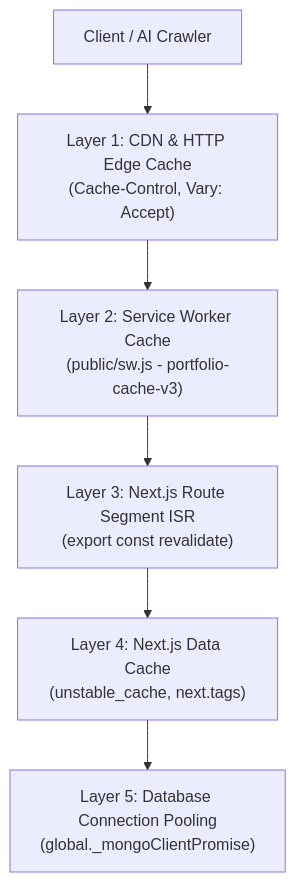
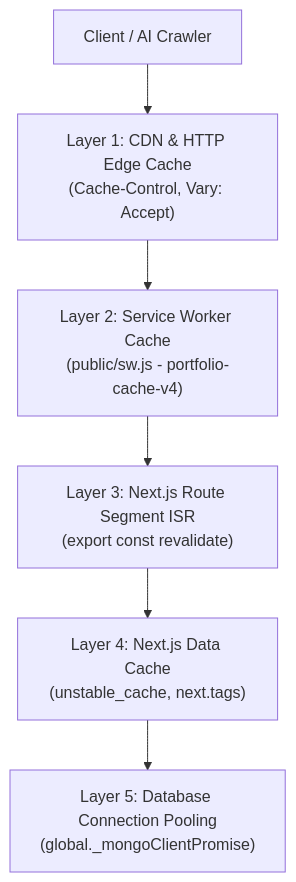
One commit to assignment-sets/portfolio changed the first of 2 diagrams in docs/caching/caching-and-revalidation.md. Above: the diagram before and after it, drawn with Mermaid. The commit also changed other lines of this file and 2 other files, not shown here.

Commit message:
fix(sw): harden precaching with Promise.allSettled and bump cache to v4

````diff
--- a/docs/caching/caching-and-revalidation.md
+++ b/docs/caching/caching-and-revalidation.md
@@ -11,8 +11,8 @@
 ```mermaid
 flowchart TD
     Client["Client / AI Crawler"] --> L1["Layer 1: CDN & HTTP Edge Cache\n(Cache-Control, Vary: Accept)"]
-    L1 --> L2["Layer 2: Service Worker Cache\n(public/sw.js - portfolio-cache-v3)"]
+    L1 --> L2["Layer 2: Service Worker Cache\n(public/sw.js - portfolio-cache-v4)"]
     L2 --> L3["Layer 3: Next.js Route Segment ISR\n(export const revalidate)"]
     L3 --> L4["Layer 4: Next.js Data Cache\n(unstable_cache, next.tags)"]
     L4 --> L5["Layer 5: Database Connection Pooling\n(global._mongoClientPromise)"]
 ```
````
